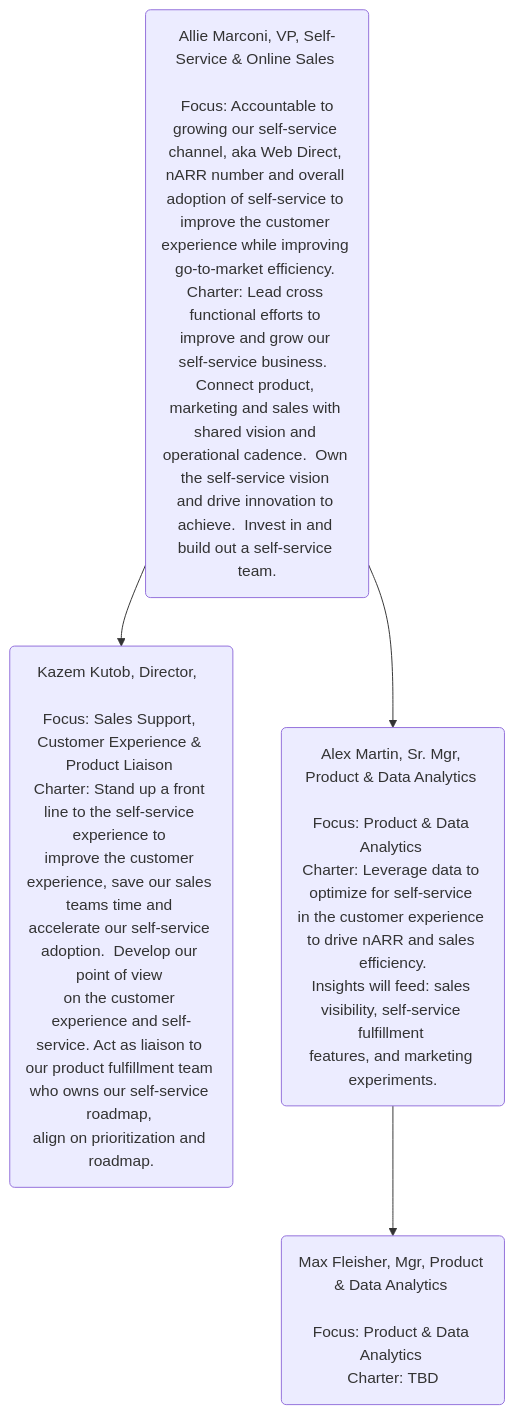
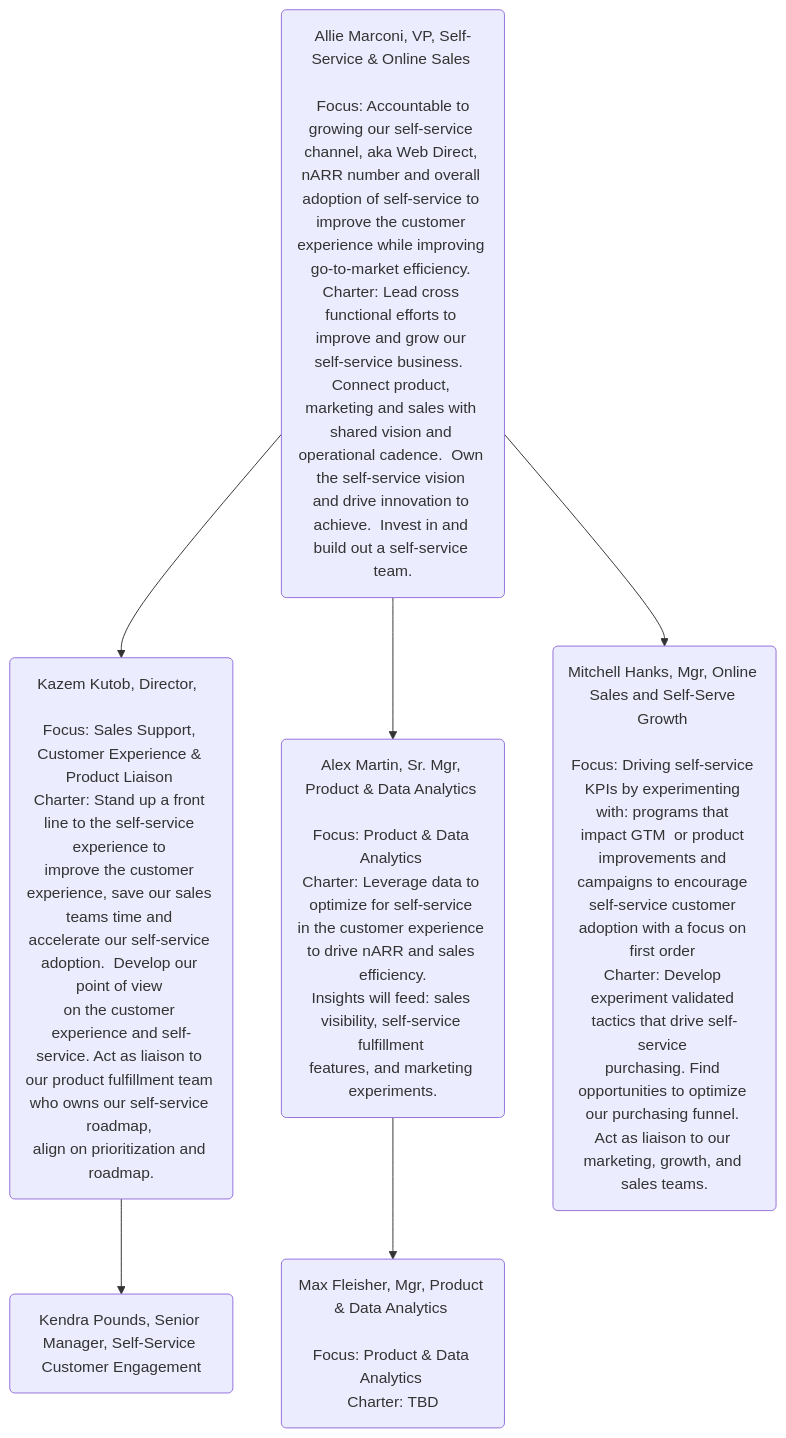
The diagram in sales/self-service/index.html.md (secretstartups/handbook), drawn with Mermaid before and after one commit.

Commit message:
Adding Mitchell Hanks and Kendra Pounds to the Self-Serve team page.

````diff
--- a/sales/self-service/index.html.md
+++ b/sales/self-service/index.html.md
@@ -83,7 +83,10 @@
 ```mermaid
 graph TD
     A(Allie Marconi, VP, Self-Service & Online Sales <br>  <br> Focus: Accountable to growing our self-service channel, aka Web Direct, <br>nARR number and overall adoption of self-service to improve the customer <br>experience while improving go-to-market efficiency. <br>Charter: Lead cross functional efforts to improve and grow our <br>self-service business.  Connect product, marketing and sales with <br>shared vision and operational cadence.  Own the self-service vision <br>and drive innovation to achieve.  Invest in and build out a self-service team.) 
     A --> B(Kazem Kutob, Director,  <br>  <br>Focus: Sales Support, Customer Experience & Product Liaison <br>Charter: Stand up a front line to the self-service experience to <br>improve the customer experience, save our sales teams time and <br>accelerate our self-service adoption.  Develop our point of view <br>on the customer experience and self-service. Act as liaison to <br>our product fulfillment team who owns our self-service roadmap, <br>align on prioritization and roadmap.) 
+    B --> F(Kendra Pounds, Senior Manager, Self-Service Customer Engagement)
     A --> C(Alex Martin, Sr. Mgr, Product & Data Analytics <br>  <br>Focus: Product & Data Analytics <br>Charter: Leverage data to optimize for self-service <br>in the customer experience to drive nARR and sales efficiency.<br>Insights will feed: sales visibility, self-service fulfillment <br>features, and marketing experiments.) 
     C --> D(Max Fleisher, Mgr, Product & Data Analytics <br>  <br>Focus: Product & Data Analytics <br>Charter: TBD)
+    A --> E(Mitchell Hanks, Mgr, Online Sales and Self-Serve Growth <br> <br>Focus: Driving self-service KPIs by experimenting with: programs that <br>impact GTM  or product improvements and campaigns to encourage <br>self-service customer adoption with a focus on first order <br>Charter: Develop experiment validated tactics that drive self-service <br>purchasing. Find opportunities to optimize our purchasing funnel. <br>Act as liaison to our marketing, growth, and sales teams.) 
+
 ```
````
